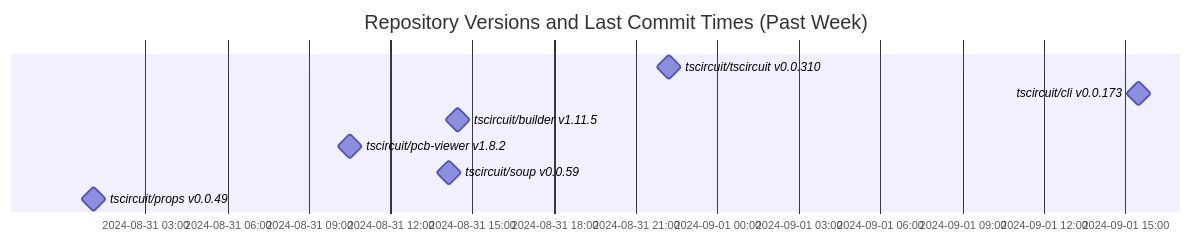
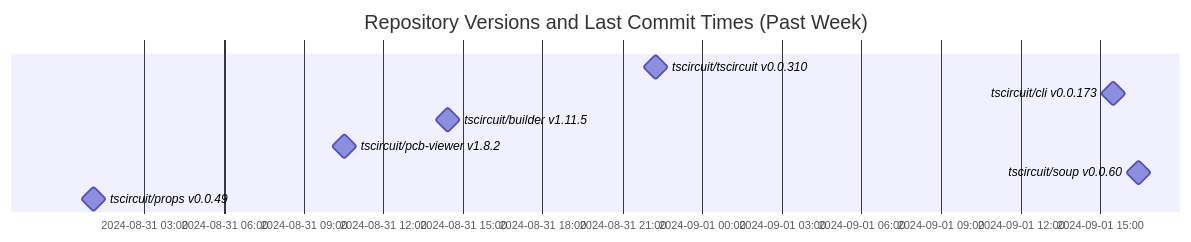
One commit to tscircuit/version-tracker changed the diagram in README.md. Above: the diagram before and after it, drawn with Mermaid.

Commit message:
Update chart

````diff
--- a/README.md
+++ b/README.md
@@ -1,13 +1,13 @@
 ```mermaid
 gantt
   dateFormat  YYYY-MM-DD HH:mm:ss
   title Repository Versions and Last Commit Times (Past Week)
   axisFormat %Y-%m-%d %H:%M
 
   tscircuit/tscircuit v0.0.310 : milestone, 2024-08-31 22:14:10, 1s
   tscircuit/cli v0.0.173 : milestone, 2024-09-01 15:28:45, 1s
   tscircuit/builder v1.11.5 : milestone, 2024-08-31 14:26:36, 1s
   tscircuit/pcb-viewer v1.8.2 : milestone, 2024-08-31 10:30:56, 1s
-  tscircuit/soup v0.0.59 : milestone, 2024-08-31 14:07:29, 1s
+  tscircuit/soup v0.0.60 : milestone, 2024-09-01 16:26:30, 1s
   tscircuit/props v0.0.49 : milestone, 2024-08-31 01:05:09, 1s
 ```
````
